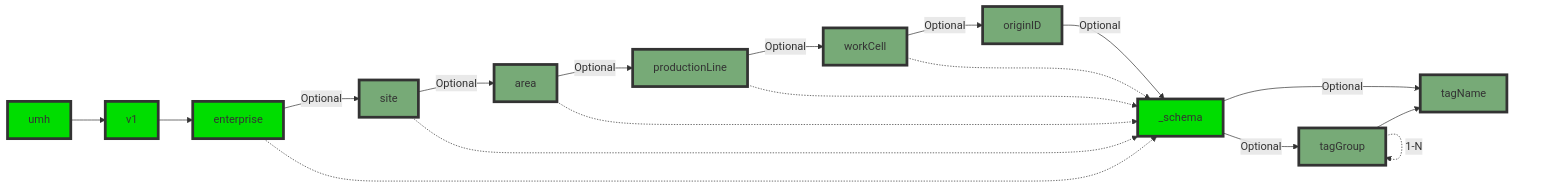
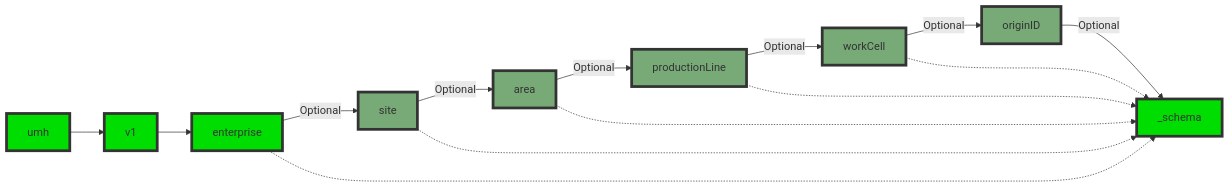
The first of 2 diagrams in umh.docs.umh.app/content/en/docs/datamodel/messages/_index.md (united-manufacturing-hub/umh.docs.umh.app), drawn with Mermaid before and after one commit. The commit also changed 1 other file, not shown here.

```diff
--- a/umh.docs.umh.app/content/en/docs/datamodel/messages/_index.md
+++ b/umh.docs.umh.app/content/en/docs/datamodel/messages/_index.md
@@ -12,25 +12,22 @@
 {{<mermaid theme="neutral" >}}
 flowchart LR
     umh --> v1
     v1 --> enterprise
     enterprise -->|Optional| site
     site -->|Optional| area
     area -->|Optional| productionLine
     productionLine -->|Optional| workCell
     workCell -->|Optional| originID
-    originID -->|Optional| _schema --> |Optional| tagName
-    _schema --> |Optional| tagGroup
-    tagGroup --> tagName
+    originID -->|Optional| _schema
     
     classDef mqtt fill:#00dd00,stroke:#333,stroke-width:4px;
     class umh,v1,enterprise,_schema mqtt;
     classDef optional fill:#77aa77,stroke:#333,stroke-width:4px;
-    class site,area,productionLine,workCell,originID,tagGroup,tagName optional;
+    class site,area,productionLine,workCell,originID optional;
     
     enterprise -.-> _schema
     site -.-> _schema
     area -.-> _schema
     productionLine -.-> _schema
     workCell -.-> _schema
-    tagGroup -.-> |1-N| tagGroup
 {{</ mermaid >}}
```
